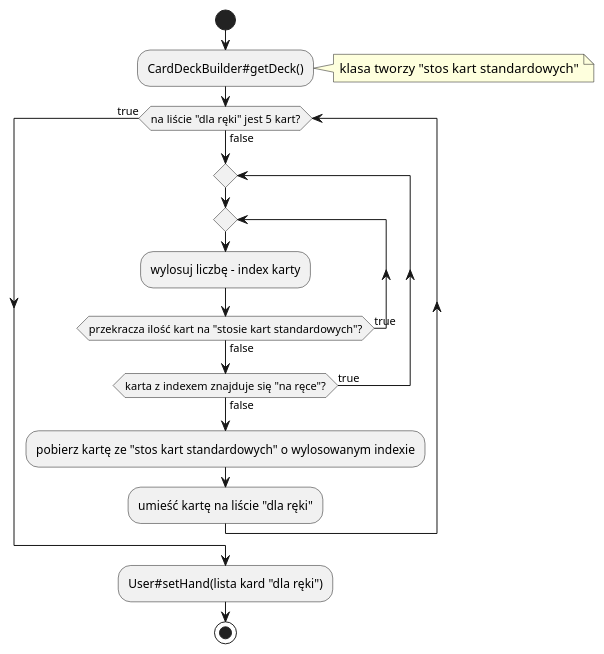
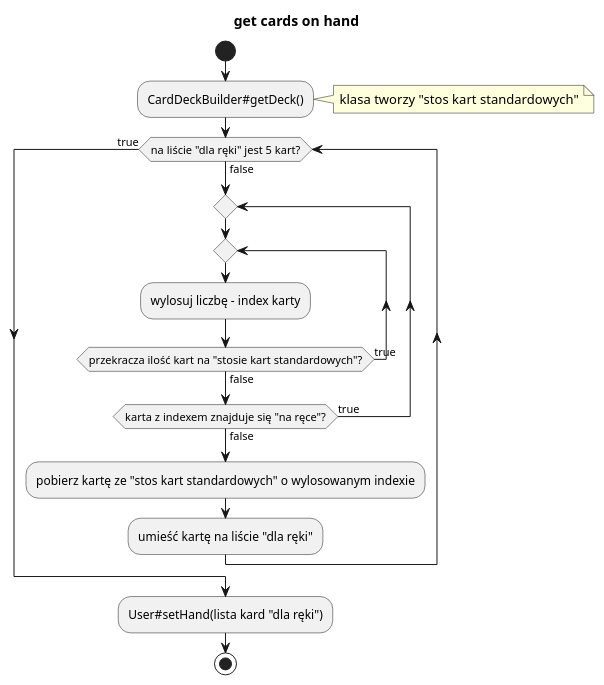
One commit to nikakowalska/WannaPlayLittleGame changed the first of 2 diagrams in uml/Player_draw_and_play_cards.puml. Above: the diagram before and after it, drawn with PlantUML. The commit also changed other lines of this file and 3 other files, not shown here.

Commit message:
UML diagrams

```diff
--- a/uml/Player_draw_and_play_cards.puml
+++ b/uml/Player_draw_and_play_cards.puml
@@ -1,23 +1,24 @@
 @startuml
 'https://plantuml.com/activity-diagram-beta
+title get cards on hand
 
 start
 :CardDeckBuilder#getDeck();
 note right
     klasa tworzy "stos kart standardowych"
 end note
 while (na liście "dla ręki" jest 5 kart?) is (false)
     repeat
         repeat
             :wylosuj liczbę - index karty;
         repeat while (przekracza ilość kart na "stosie kart standardowych"?) is (true) not (false)
     repeat while (karta z indexem znajduje się "na ręce"?) is (true) not (false)
 
     :pobierz kartę ze "stos kart standardowych" o wylosowanym indexie;
     :umieść kartę na liście "dla ręki";
 endwhile (true)
     :User#setHand(lista kard "dla ręki");
 
 stop
 
 @enduml
```
